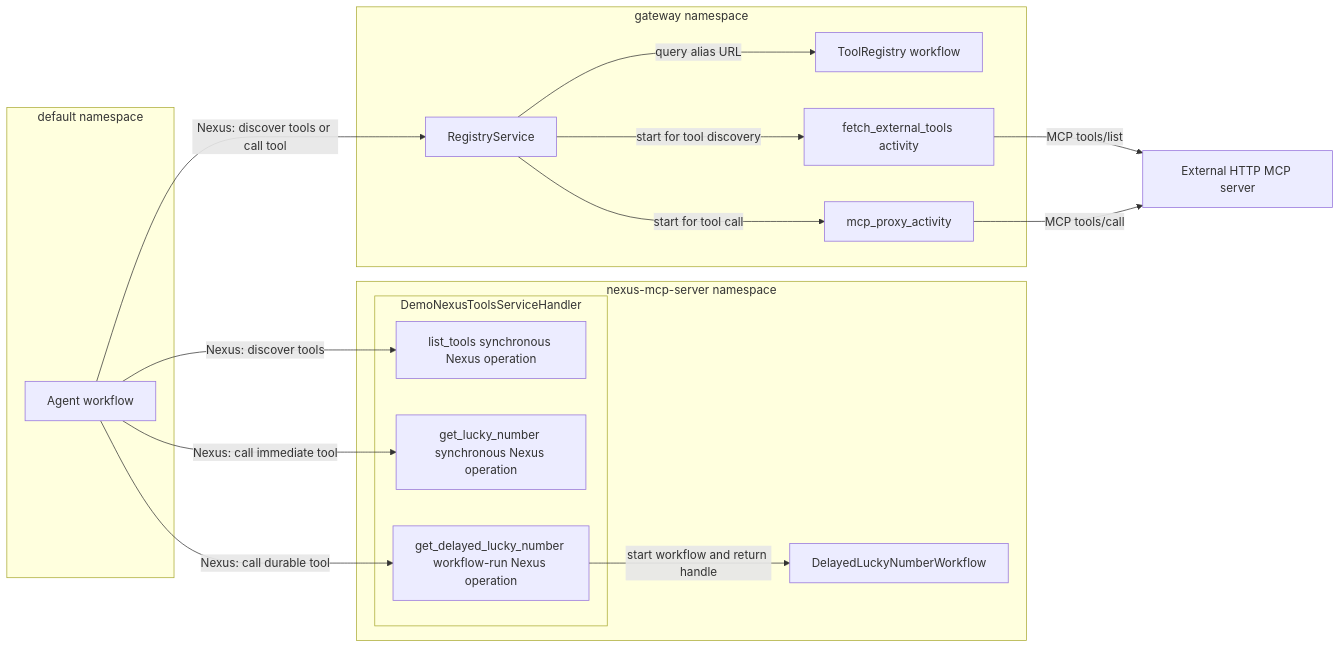
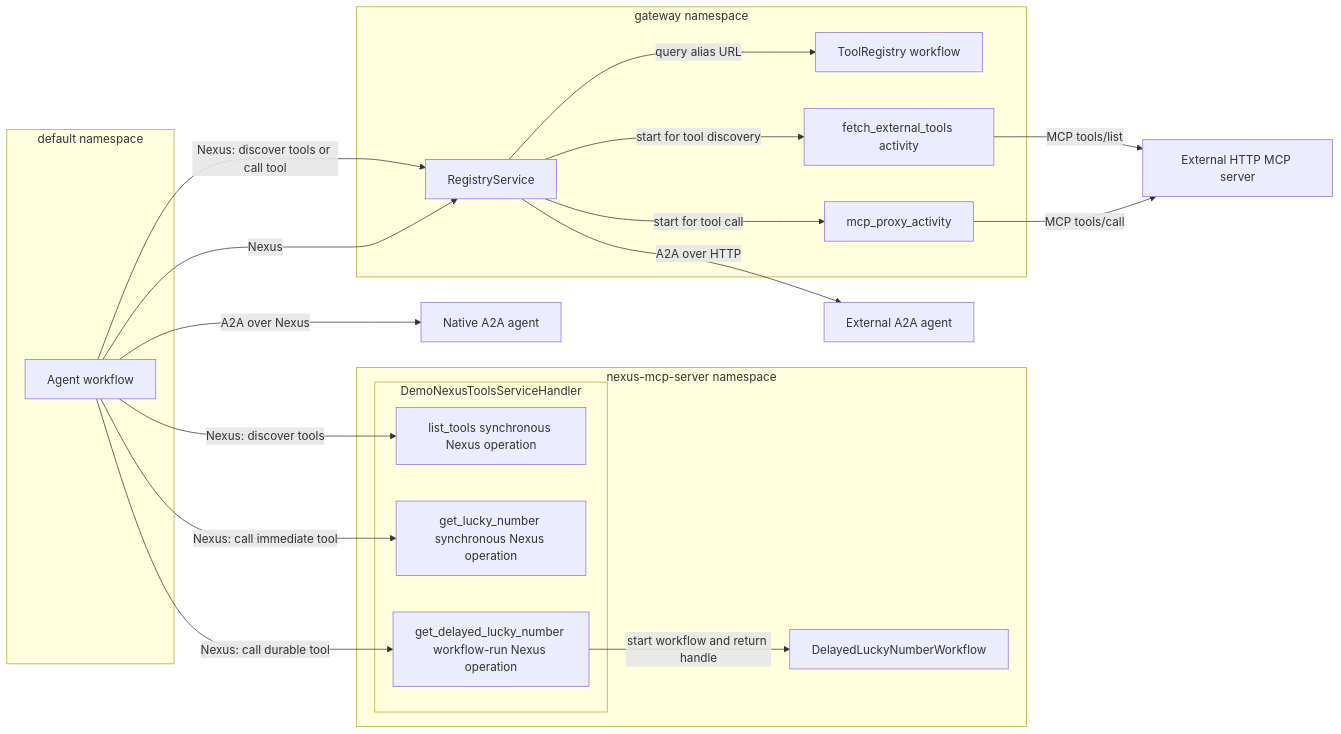
The first of 2 diagrams in examples/nexus_hello/README.md (temporal-community/temporal-agent-harness), drawn with Mermaid before and after one commit. The commit also changed other lines of this file and 91 other files, not shown here.

````diff
--- a/examples/nexus_hello/README.md
+++ b/examples/nexus_hello/README.md
@@ -39,36 +61,41 @@
 ```mermaid
 flowchart LR
     subgraph default_ns[default namespace]
         agent[Agent workflow]
     end
 
     subgraph native_ns[nexus-mcp-server namespace]
         subgraph native_service[DemoNexusToolsServiceHandler]
             manifest[list_tools synchronous Nexus operation]
             lucky[get_lucky_number synchronous Nexus operation]
             delayed_op[get_delayed_lucky_number workflow-run Nexus operation]
         end
         delayed_workflow[DelayedLuckyNumberWorkflow]
     end
 
     subgraph gateway_ns[gateway namespace]
         gateway[RegistryService]
         registry[ToolRegistry workflow]
         fetch[fetch_external_tools activity]
         proxy[mcp_proxy_activity]
     end
 
     external[External HTTP MCP server]
+    native_agent[Native A2A agent]
+    external_agent[External A2A agent]
 
     agent -->|Nexus: discover tools| manifest
     agent -->|Nexus: call immediate tool| lucky
     agent -->|Nexus: call durable tool| delayed_op
     delayed_op -->|start workflow and return handle| delayed_workflow
 
     agent -->|Nexus: discover tools or call tool| gateway
     gateway -->|query alias URL| registry
     gateway -->|start for tool discovery| fetch
     gateway -->|start for tool call| proxy
     fetch -->|MCP tools/list| external
     proxy -->|MCP tools/call| external
+    agent -->|A2A over Nexus| native_agent
+    agent -->|Nexus| gateway
+    gateway -->|A2A over HTTP| external_agent
 ```
````
